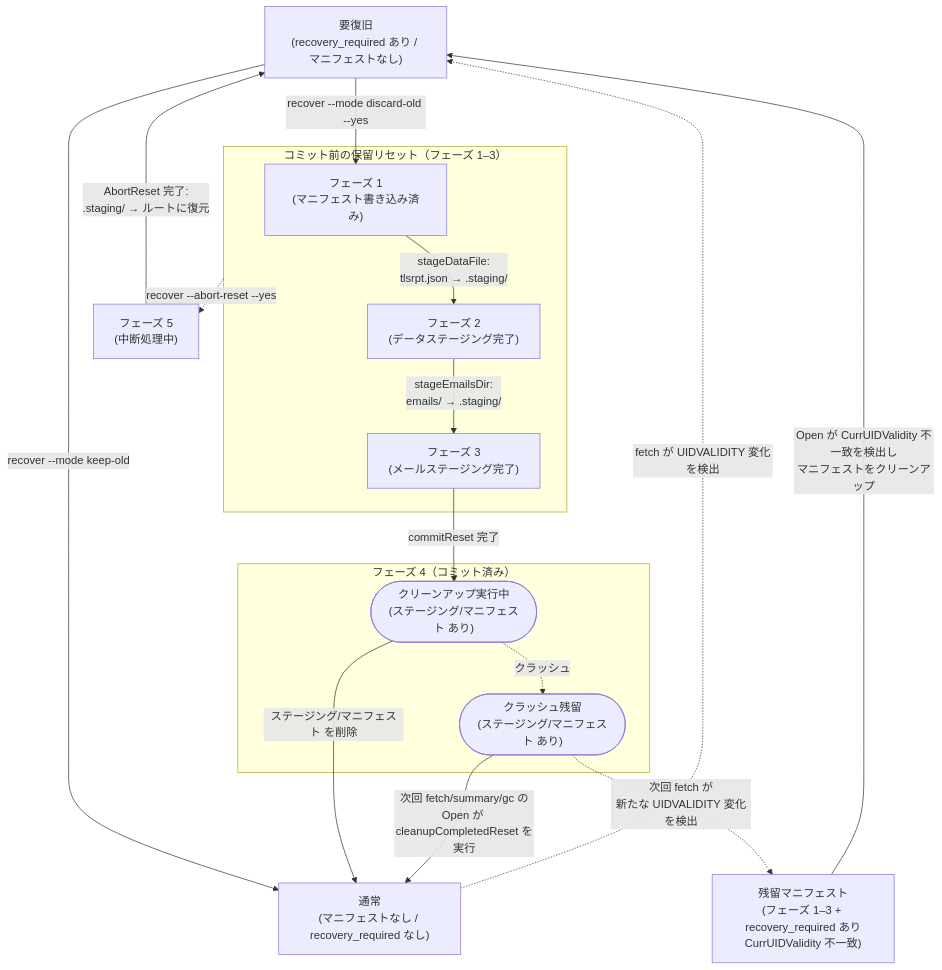
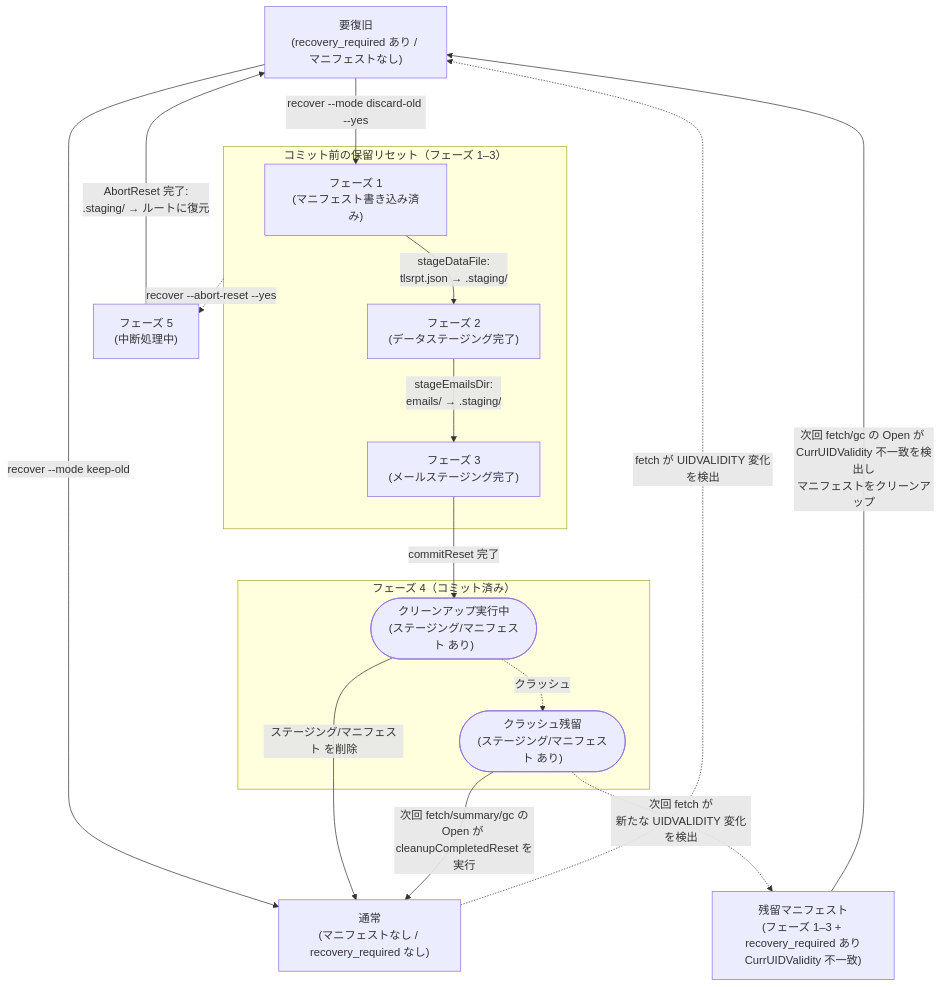
Before and after one commit to isseis/tlsrpt-digest: the diagram in docs/dev/adr/0003_reset_phase_design.ja.md, drawn with Mermaid.

Commit message:
docs(adr): clarify StaleM→RR arrow label in ADR-0003 state diagram
Specify that the Open call cleaning up the stale manifest is triggered
by the next fetch or gc, consistent with the adjacent P4b→StaleM label.

````diff
--- a/docs/dev/adr/0003_reset_phase_design.ja.md
+++ b/docs/dev/adr/0003_reset_phase_design.ja.md
@@ -89,33 +89,33 @@
 ```mermaid
 flowchart TD
     RR["要復旧<br>(recovery_required あり / マニフェストなし)"]
     P5["フェーズ 5<br>(中断処理中)"]
 
     subgraph PendingReset["コミット前の保留リセット（フェーズ 1–3）"]
         P1["フェーズ 1<br>(マニフェスト書き込み済み)"]
         P2["フェーズ 2<br>(データステージング完了)"]
         P3["フェーズ 3<br>(メールステージング完了)"]
     end
 
     subgraph Phase4["フェーズ 4（コミット済み）"]
         P4a(["クリーンアップ実行中<br>(ステージング/マニフェスト あり)"])
         P4b(["クラッシュ残留<br>(ステージング/マニフェスト あり)"])
     end
 
     StaleM["残留マニフェスト<br>(フェーズ 1–3 + recovery_required あり<br>CurrUIDValidity 不一致)"]
     Normal["通常<br>(マニフェストなし / recovery_required なし)"]
 
     RR -->|"recover --mode keep-old"| Normal
     RR -->|"recover --mode discard-old --yes"| P1
     P1 -->|"stageDataFile:<br>tlsrpt.json → .staging/"| P2
     P2 -->|"stageEmailsDir:<br>emails/ → .staging/"| P3
     P3 -->|"commitReset 完了"| P4a
     P4a -->|"ステージング/マニフェスト を削除"| Normal
     P4a -.->|"クラッシュ"| P4b
     P4b -->|"次回 fetch/summary/gc の<br>Open が cleanupCompletedReset を実行"| Normal
     P4b -.->|"次回 fetch が<br>新たな UIDVALIDITY 変化を検出"| StaleM
-    StaleM -->|"Open が CurrUIDValidity 不一致を検出し<br>マニフェストをクリーンアップ"| RR
+    StaleM -->|"次回 fetch/gc の Open が CurrUIDValidity 不一致を検出し<br>マニフェストをクリーンアップ"| RR
     PendingReset -.->|"recover --abort-reset --yes"| P5
     P5 -->|"AbortReset 完了:<br>.staging/ → ルートに復元"| RR
     Normal -.->|"fetch が UIDVALIDITY 変化を検出"| RR
 ```
````
